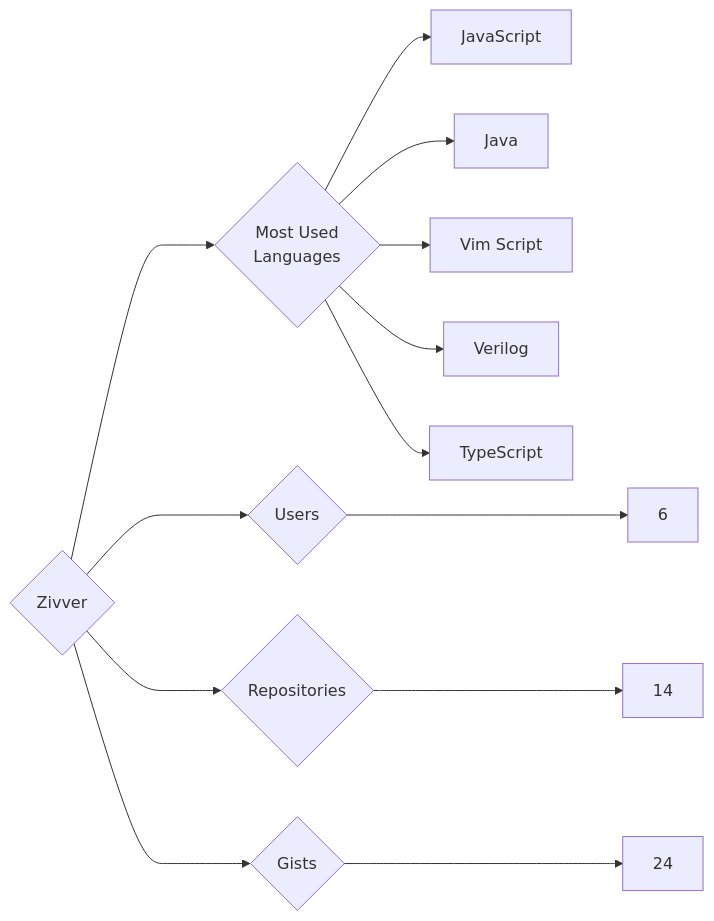
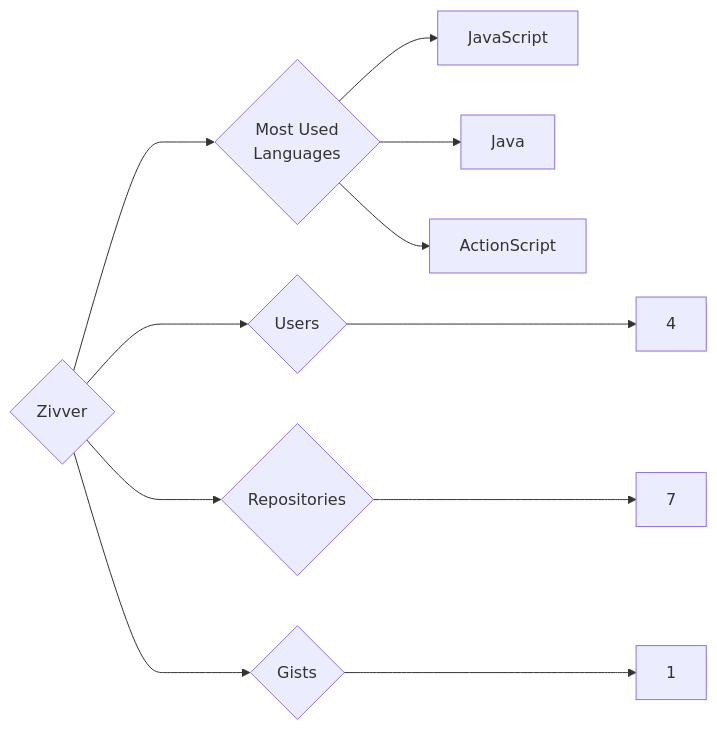
One commit to trickest/insiders changed the diagram in targets/Zivver/README.md. Above: the diagram before and after it, drawn with Mermaid. The commit also changed 1496 other files, not shown here.

````diff
--- a/targets/Zivver/README.md
+++ b/targets/Zivver/README.md
@@ -3,13 +3,11 @@
 ```mermaid
 graph LR
 COMPANY_NAME{Zivver}
-COMPANY_NAME ---> U{Users} ---> UN[6]
-COMPANY_NAME ---> R{Repositories} ---> RN[14]
-COMPANY_NAME ---> G{Gists} ---> GN[24]
+COMPANY_NAME ---> U{Users} ---> UN[4]
+COMPANY_NAME ---> R{Repositories} ---> RN[7]
+COMPANY_NAME ---> G{Gists} ---> GN[1]
 COMPANY_NAME ---> ML{Most Used<br>Languages}
 ML --> JavaScript[JavaScript]
 ML --> Java[Java]
-ML --> Vim_Script[Vim Script]
-ML --> Verilog[Verilog]
-ML --> TypeScript[TypeScript]
+ML --> ActionScript[ActionScript]
 ```
````
